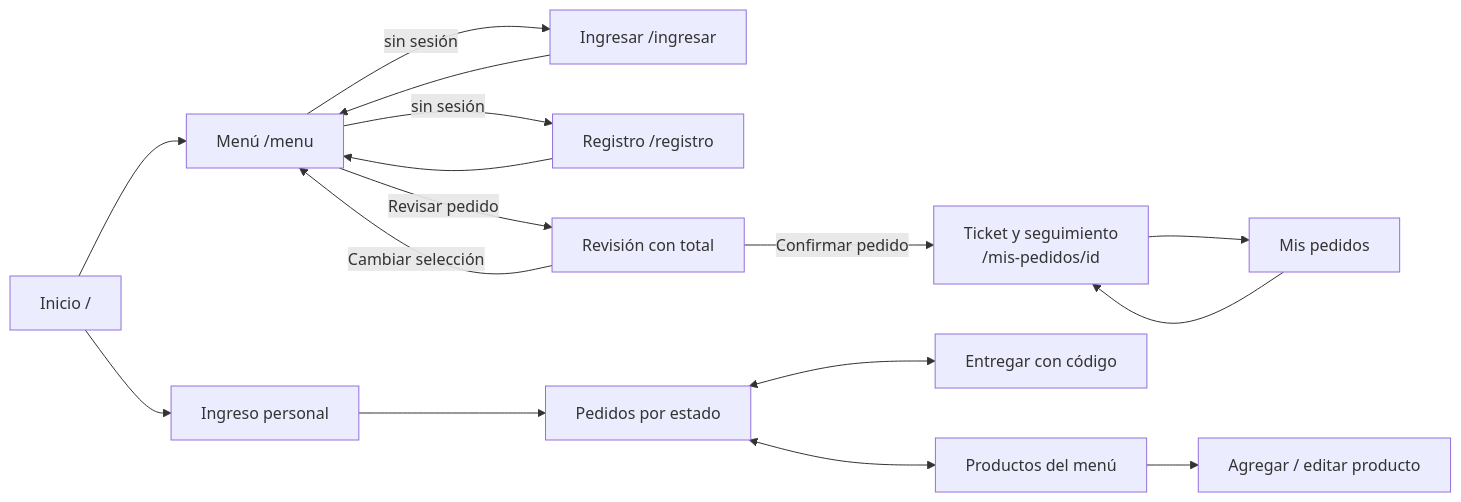
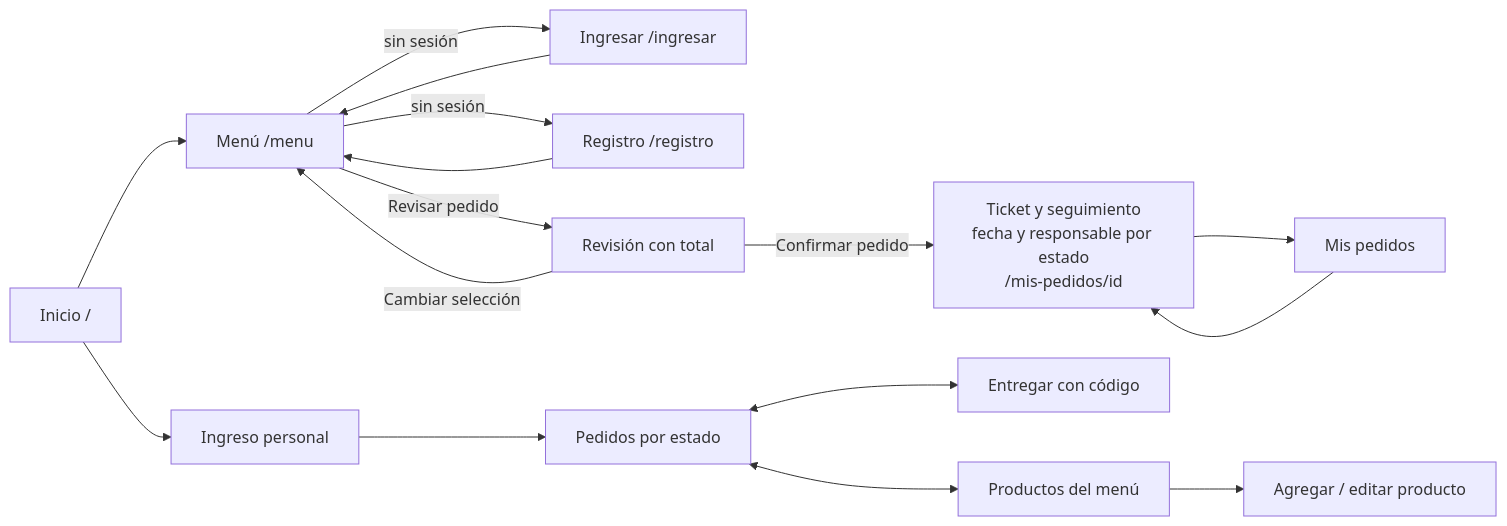
Before and after one commit to g-cevallos/Proyecto_1B_EvolucionSW_Equipo-1: the seventh of 7 diagrams in docs/02_diseno.md, drawn with Mermaid. The commit also changed other lines of this file and 2 other files, not shown here.

Commit message:
docs: quitar diagramas de casos de uso y estados, y actualizar diseño y trazabilidad según los fix

````diff
--- a/docs/02_diseno.md
+++ b/docs/02_diseno.md
@@ -389,16 +363,16 @@
 ```mermaid
 flowchart LR
     I[Inicio /] --> M[Menú /menu]
     I --> PI[Ingreso personal]
     M -->|sin sesión| IN[Ingresar /ingresar] & RG[Registro /registro]
     IN & RG --> M
     M -->|Revisar pedido| RV[Revisión con total]
     RV -->|Cambiar selección| M
-    RV -->|Confirmar pedido| DT[Ticket y seguimiento<br/>/mis-pedidos/id]
+    RV -->|Confirmar pedido| DT[Ticket y seguimiento<br/>fecha y responsable por estado<br/>/mis-pedidos/id]
     DT --> MP[Mis pedidos]
     MP --> DT
     PI --> PP[Pedidos por estado]
     PP <--> EN[Entregar con código]
     PP <--> PR[Productos del menú]
     PR --> PF[Agregar / editar producto]
 ```
````
